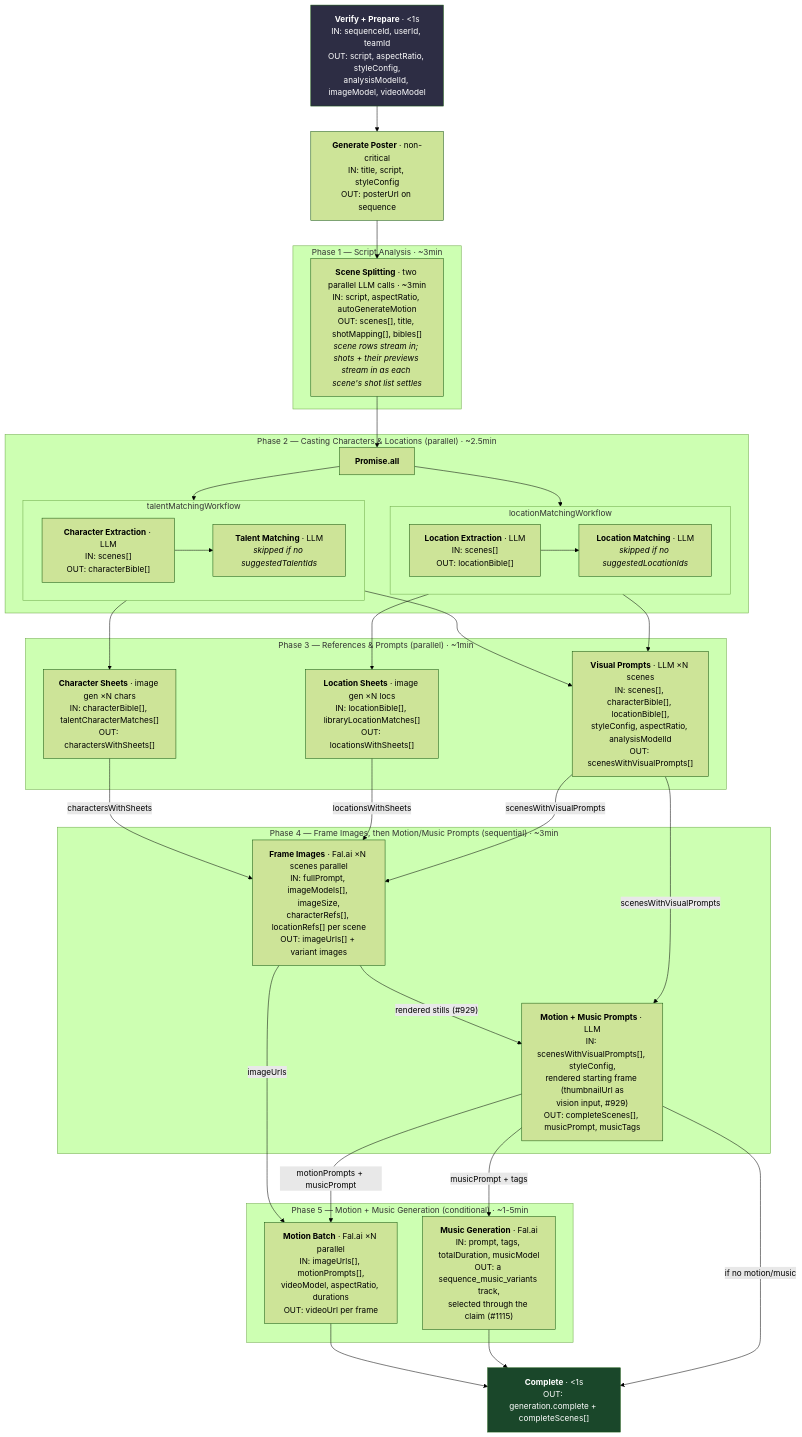
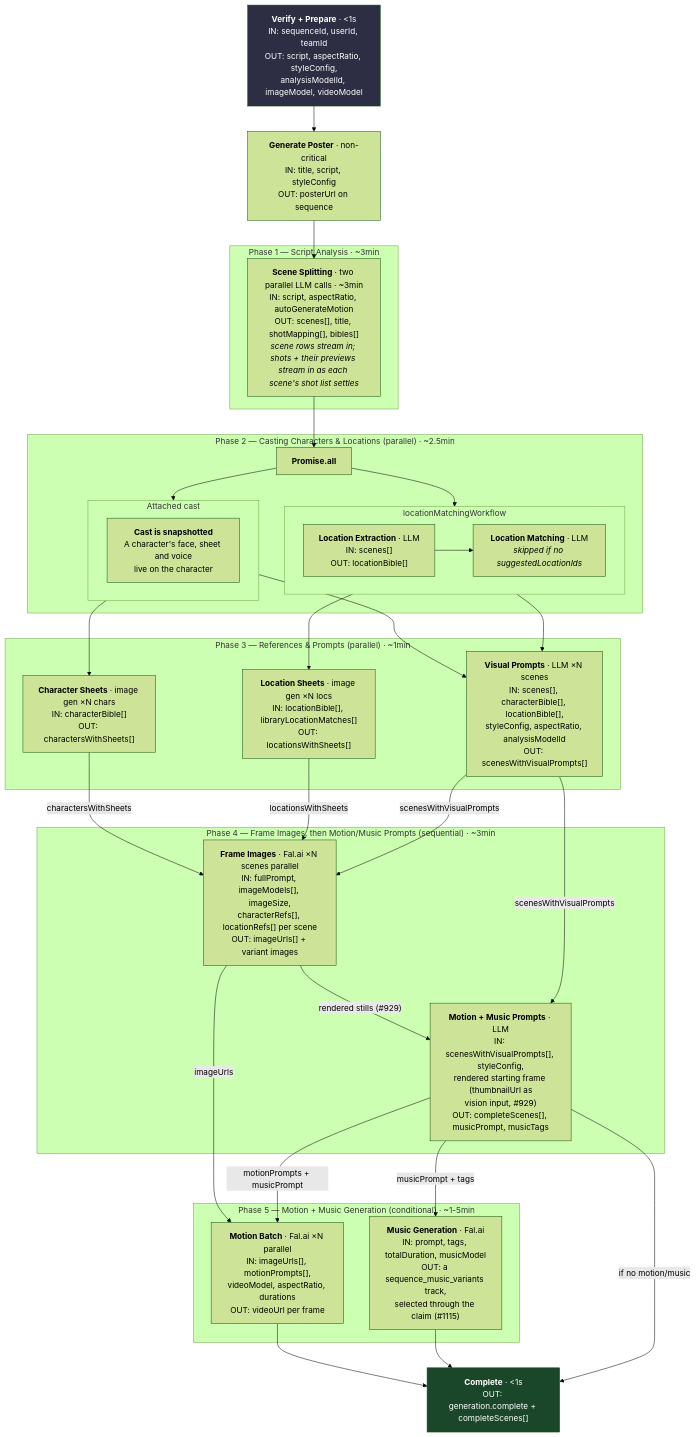
One commit to Jyatin/openstory changed the first of 7 diagrams in docs/developer-guide/workflow.md. Above: the diagram before and after it, drawn with Mermaid (forest theme). The commit also changed other lines of this file and 340 other files, not shown here.

````diff
--- a/docs/developer-guide/workflow.md
+++ b/docs/developer-guide/workflow.md
@@ -12,68 +12,66 @@
 ```mermaid
 flowchart TD
     Verify["<b>Verify + Prepare</b> · <1s<br/>IN: sequenceId, userId, teamId<br/>OUT: script, aspectRatio, styleConfig,<br/>analysisModelId, imageModel, videoModel"] --> Poster
     Poster["<b>Generate Poster</b> · non-critical<br/>IN: title, script, styleConfig<br/>OUT: posterUrl on sequence"] --> SceneSplit
 
     subgraph "Phase 1 — Script Analysis · ~3min"
         SceneSplit["<b>Scene Splitting</b> · two parallel LLM calls · ~3min<br/>IN: script, aspectRatio, autoGenerateMotion<br/>OUT: scenes[], title, shotMapping[], bibles[]<br/><i>scene rows stream in; shots + their previews stream in as each scene's shot list settles</i>"]
     end
 
     SceneSplit --> P2
 
     subgraph "Phase 2 — Casting Characters & Locations (parallel) · ~2.5min"
         P2["<b>Promise.all</b>"]
-        P2 --> TalentSub
+        P2 --> CastSub
         P2 --> LocationSub
 
-        subgraph TalentSub["talentMatchingWorkflow"]
-            CharExtract["<b>Character Extraction</b> · LLM<br/>IN: scenes[]<br/>OUT: characterBible[]"]
-            TalentMatch["<b>Talent Matching</b> · LLM<br/><i>skipped if no suggestedTalentIds</i>"]
-            CharExtract --> TalentMatch
+        subgraph CastSub["Attached cast"]
+            CastNote["<b>Cast is snapshotted</b><br/>A character's face, sheet and voice<br/>live on the character"]
         end
 
         subgraph LocationSub["locationMatchingWorkflow"]
             LocExtract["<b>Location Extraction</b> · LLM<br/>IN: scenes[]<br/>OUT: locationBible[]"]
             LocMatch["<b>Location Matching</b> · LLM<br/><i>skipped if no suggestedLocationIds</i>"]
             LocExtract --> LocMatch
         end
     end
 
     subgraph "Phase 3 — References & Prompts (parallel) · ~1min"
-        CharSheets["<b>Character Sheets</b> · image gen ×N chars<br/>IN: characterBible[], talentCharacterMatches[]<br/>OUT: charactersWithSheets[]"]
+        CharSheets["<b>Character Sheets</b> · image gen ×N chars<br/>IN: characterBible[]<br/>OUT: charactersWithSheets[]"]
         LocSheets["<b>Location Sheets</b> · image gen ×N locs<br/>IN: locationBible[], libraryLocationMatches[]<br/>OUT: locationsWithSheets[]"]
         VisualPrompts["<b>Visual Prompts</b> · LLM ×N scenes<br/>IN: scenes[], characterBible[], locationBible[],<br/>styleConfig, aspectRatio, analysisModelId<br/>OUT: scenesWithVisualPrompts[]"]
     end
 
-    TalentSub --> CharSheets
-    TalentSub --> VisualPrompts
+    CastSub --> CharSheets
+    CastSub --> VisualPrompts
     LocationSub --> LocSheets
     LocationSub --> VisualPrompts
 
     subgraph "Phase 4 — Frame Images, then Motion/Music Prompts (sequential) · ~3min"
         ImageGen["<b>Frame Images</b> · Fal.ai ×N scenes parallel<br/>IN: fullPrompt, imageModels[], imageSize,<br/>characterRefs[], locationRefs[] per scene<br/>OUT: imageUrls[] + variant images"]
         MotionMusicPrompts["<b>Motion + Music Prompts</b> · LLM<br/>IN: scenesWithVisualPrompts[], styleConfig,<br/>rendered starting frame (thumbnailUrl as<br/>vision input, #929)<br/>OUT: completeScenes[], musicPrompt, musicTags"]
     end
 
     CharSheets -->|"charactersWithSheets"| ImageGen
     LocSheets -->|"locationsWithSheets"| ImageGen
     VisualPrompts -->|"scenesWithVisualPrompts"| ImageGen
     ImageGen -->|"rendered stills (#929)"| MotionMusicPrompts
     VisualPrompts -->|"scenesWithVisualPrompts"| MotionMusicPrompts
 
     subgraph "Phase 5 — Motion + Music Generation (conditional) · ~1-5min"
         MotionBatch["<b>Motion Batch</b> · Fal.ai ×N parallel<br/>IN: imageUrls[], motionPrompts[],<br/>videoModel, aspectRatio, durations<br/>OUT: videoUrl per frame"]
         MusicGen["<b>Music Generation</b> · Fal.ai<br/>IN: prompt, tags, totalDuration, musicModel<br/>OUT: a sequence_music_variants track,<br/>selected through the claim (#1115)"]
     end
 
     ImageGen -->|"imageUrls"| MotionBatch
     MotionMusicPrompts -->|"motionPrompts + musicPrompt"| MotionBatch
     MotionMusicPrompts -->|"musicPrompt + tags"| MusicGen
 
     MotionBatch --> Done
     MusicGen --> Done
     MotionMusicPrompts -->|"if no motion/music"| Done
     Done["<b>Complete</b> · <1s<br/>OUT: generation.complete + completeScenes[]"]
 
     style Verify fill:#2d2d44,color:#fff
     style Done fill:#1a472a,color:#fff
 ```
````
